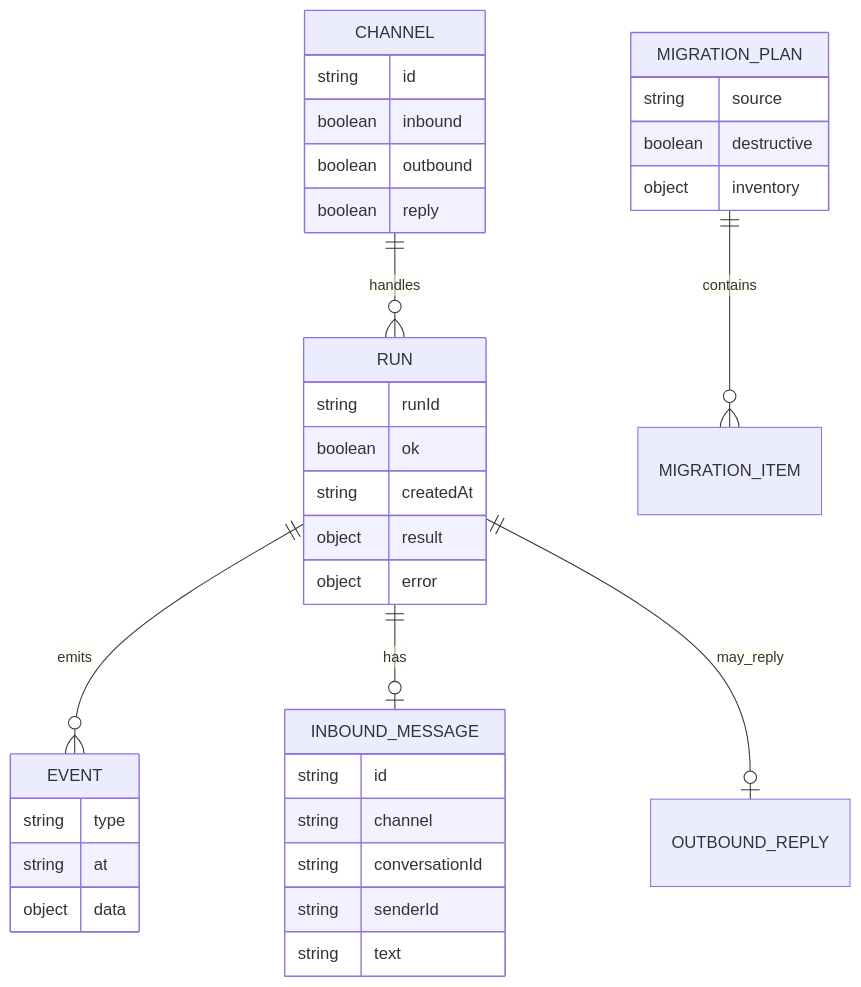
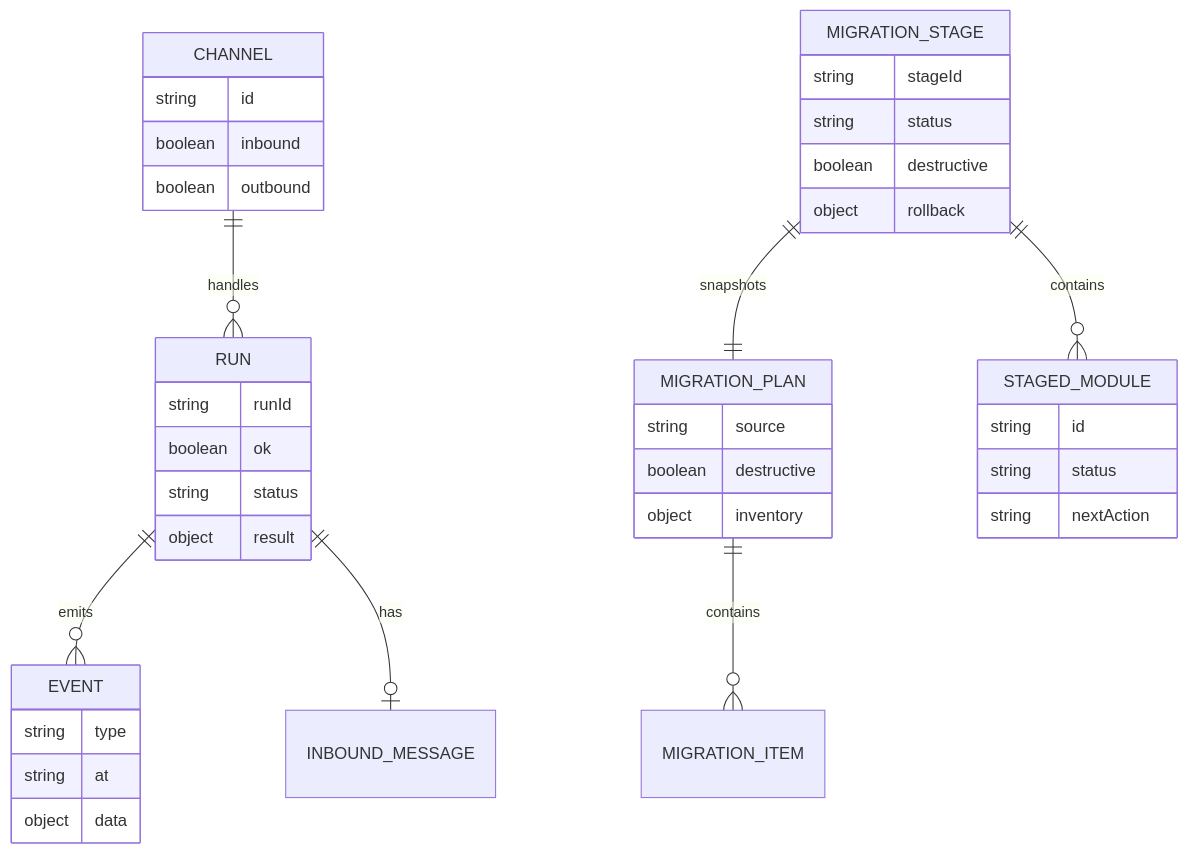
Before and after one commit to mayf3/myclaw: the sixth of 9 diagrams in docs/implementation-architecture.md, drawn with Mermaid. The commit also changed other lines of this file and 18 other files, not shown here.

Commit message:
feat: guard gateway mutations and stage openclaw migration

````diff
--- a/docs/implementation-architecture.md
+++ b/docs/implementation-architecture.md
@@ -175,39 +200,42 @@
 ```mermaid
 erDiagram
   RUN ||--o{ EVENT : emits
   RUN ||--o| INBOUND_MESSAGE : has
-  RUN ||--o| OUTBOUND_REPLY : may_reply
   CHANNEL ||--o{ RUN : handles
   MIGRATION_PLAN ||--o{ MIGRATION_ITEM : contains
+  MIGRATION_STAGE ||--|| MIGRATION_PLAN : snapshots
+  MIGRATION_STAGE ||--o{ STAGED_MODULE : contains
 
   RUN {
     string runId
     boolean ok
-    string createdAt
+    string status
     object result
-    object error
   }
   EVENT {
     string type
     string at
     object data
   }
-  INBOUND_MESSAGE {
-    string id
-    string channel
-    string conversationId
-    string senderId
-    string text
-  }
   CHANNEL {
     string id
     boolean inbound
     boolean outbound
-    boolean reply
   }
   MIGRATION_PLAN {
     string source
     boolean destructive
     object inventory
   }
+  MIGRATION_STAGE {
+    string stageId
+    string status
+    boolean destructive
+    object rollback
+  }
+  STAGED_MODULE {
+    string id
+    string status
+    string nextAction
+  }
 ```
````
